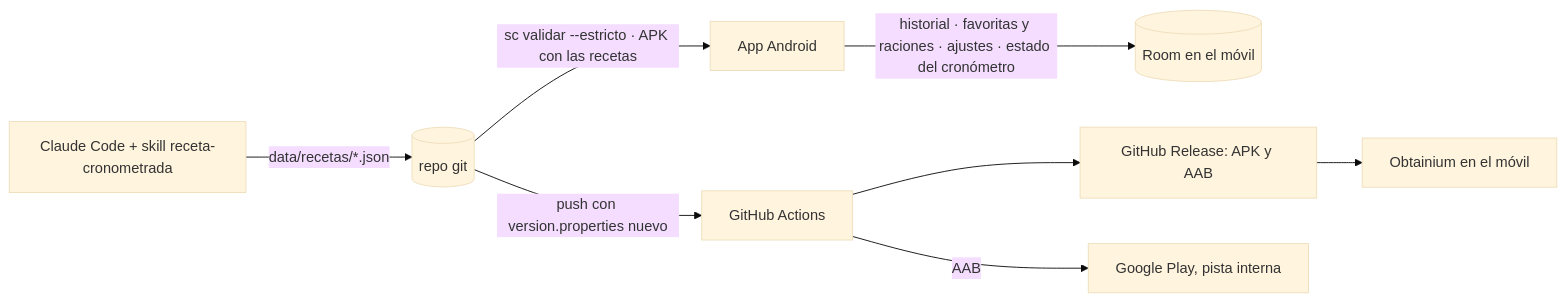
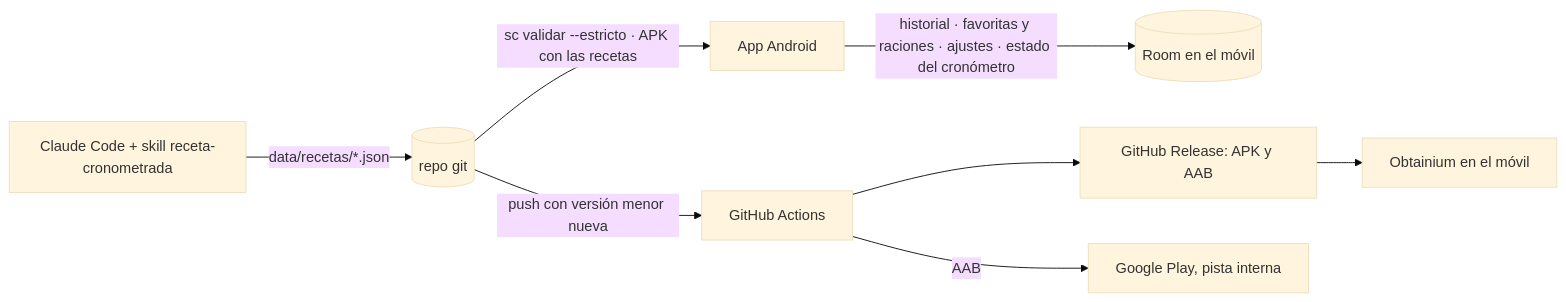
One commit to trombonet12/Sous-Chef changed the diagram in README.md. Above: the diagram before and after it, drawn with Mermaid (base theme). The commit also changed other lines of this file and 3 other files, not shown here.

Commit message:
docs: publicar con la versión calculada por commit

````diff
--- a/README.md
+++ b/README.md
@@ -25,10 +25,10 @@
 ```mermaid
 flowchart LR
   CC[Claude Code + skill receta-cronometrada] -->|data/recetas/*.json| R[(repo git)]
   R -->|sc validar --estricto · APK con las recetas| A[App Android]
   A -->|historial · favoritas y raciones · ajustes · estado del cronómetro| Room[(Room en el móvil)]
-  R -->|push con version.properties nuevo| GA[GitHub Actions]
+  R -->|push con versión menor nueva| GA[GitHub Actions]
   GA --> GR[GitHub Release: APK y AAB]
   GR --> OB[Obtainium en el móvil]
   GA -->|AAB| GP[Google Play, pista interna]
 ```
````
